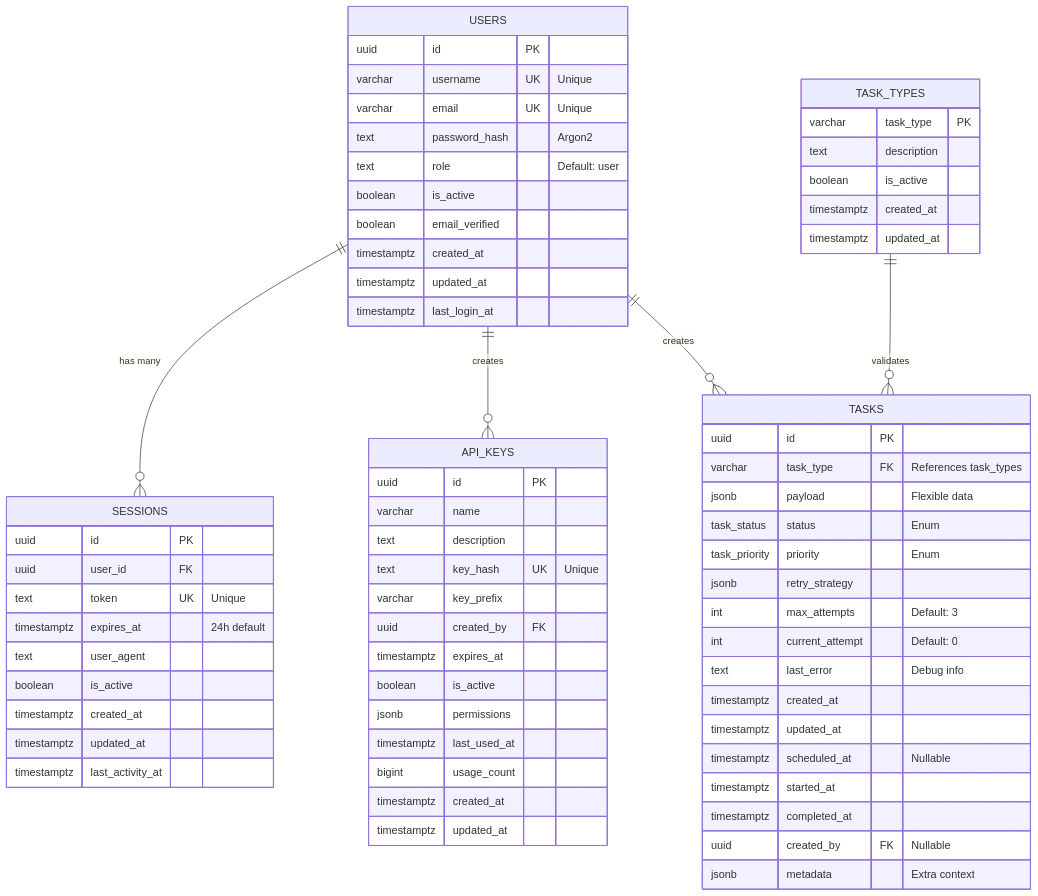
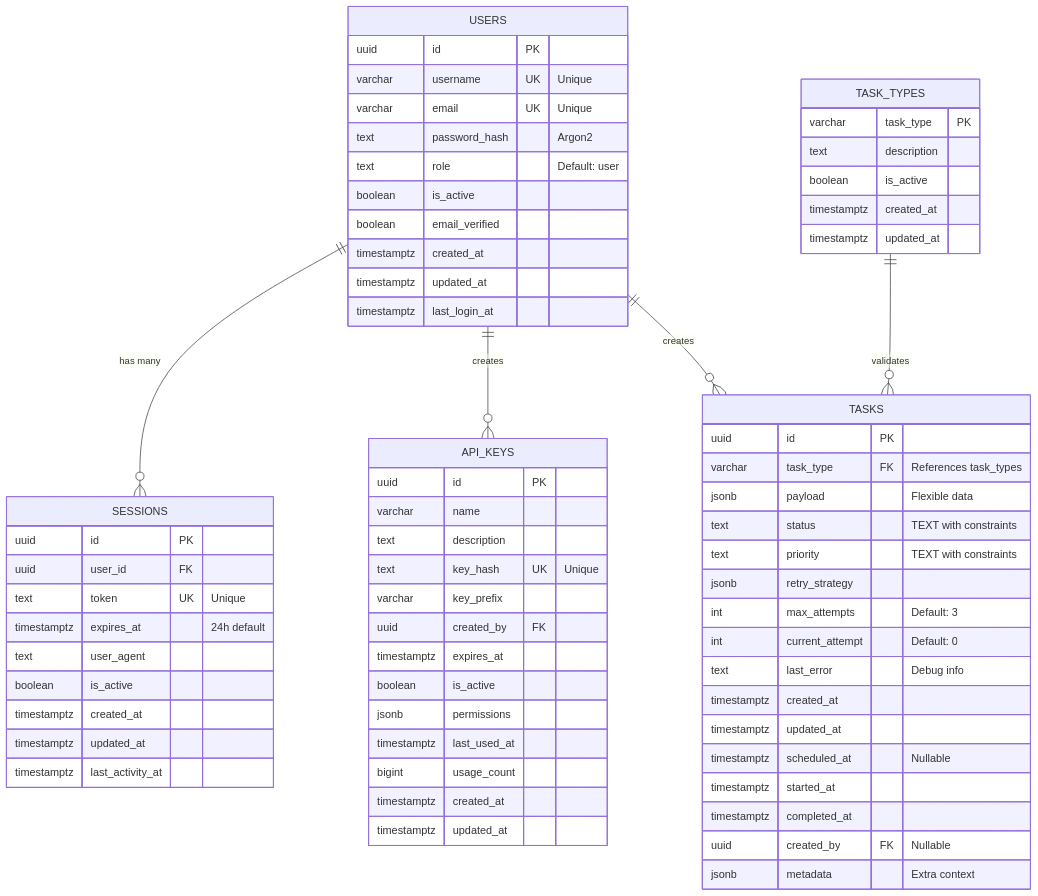
The third of 4 diagrams in docs/guides/01-architecture.md (quanhua92/rust-fullstack-starter), drawn with Mermaid before and after one commit. The commit also changed other lines of this file and 26 other files, not shown here.

First line of the commit message:
Replace PostgreSQL ENUMs with TEXT + CHECK constraints for SQLx compatibility

````diff
--- a/docs/guides/01-architecture.md
+++ b/docs/guides/01-architecture.md
@@ -349,75 +349,75 @@
 ```mermaid
 erDiagram
     USERS {
         uuid id PK
         varchar username UK "Unique"
         varchar email UK "Unique"
         text password_hash "Argon2"
         text role "Default: user"
         boolean is_active
         boolean email_verified
         timestamptz created_at
         timestamptz updated_at
         timestamptz last_login_at
     }
     
     SESSIONS {
         uuid id PK
         uuid user_id FK
         text token UK "Unique"
         timestamptz expires_at "24h default"
         text user_agent
         boolean is_active
         timestamptz created_at
         timestamptz updated_at
         timestamptz last_activity_at
     }
     
     API_KEYS {
         uuid id PK
         varchar name
         text description
         text key_hash UK "Unique"
         varchar key_prefix
         uuid created_by FK
         timestamptz expires_at
         boolean is_active
         jsonb permissions
         timestamptz last_used_at
         bigint usage_count
         timestamptz created_at
         timestamptz updated_at
     }
     
     TASKS {
         uuid id PK
         varchar task_type FK "References task_types"
         jsonb payload "Flexible data"
-        task_status status "Enum"
-        task_priority priority "Enum"
+        text status "TEXT with constraints"
+        text priority "TEXT with constraints"
         jsonb retry_strategy
         int max_attempts "Default: 3"
         int current_attempt "Default: 0"
         text last_error "Debug info"
         timestamptz created_at
         timestamptz updated_at
         timestamptz scheduled_at "Nullable"
         timestamptz started_at
         timestamptz completed_at
         uuid created_by FK "Nullable"
         jsonb metadata "Extra context"
     }
     
     TASK_TYPES {
         varchar task_type PK
         text description
         boolean is_active
         timestamptz created_at
         timestamptz updated_at
     }
     
     USERS ||--o{ SESSIONS : "has many"
     USERS ||--o{ API_KEYS : "creates"
     USERS ||--o{ TASKS : "creates"
     TASK_TYPES ||--o{ TASKS : "validates"
 ```
````
